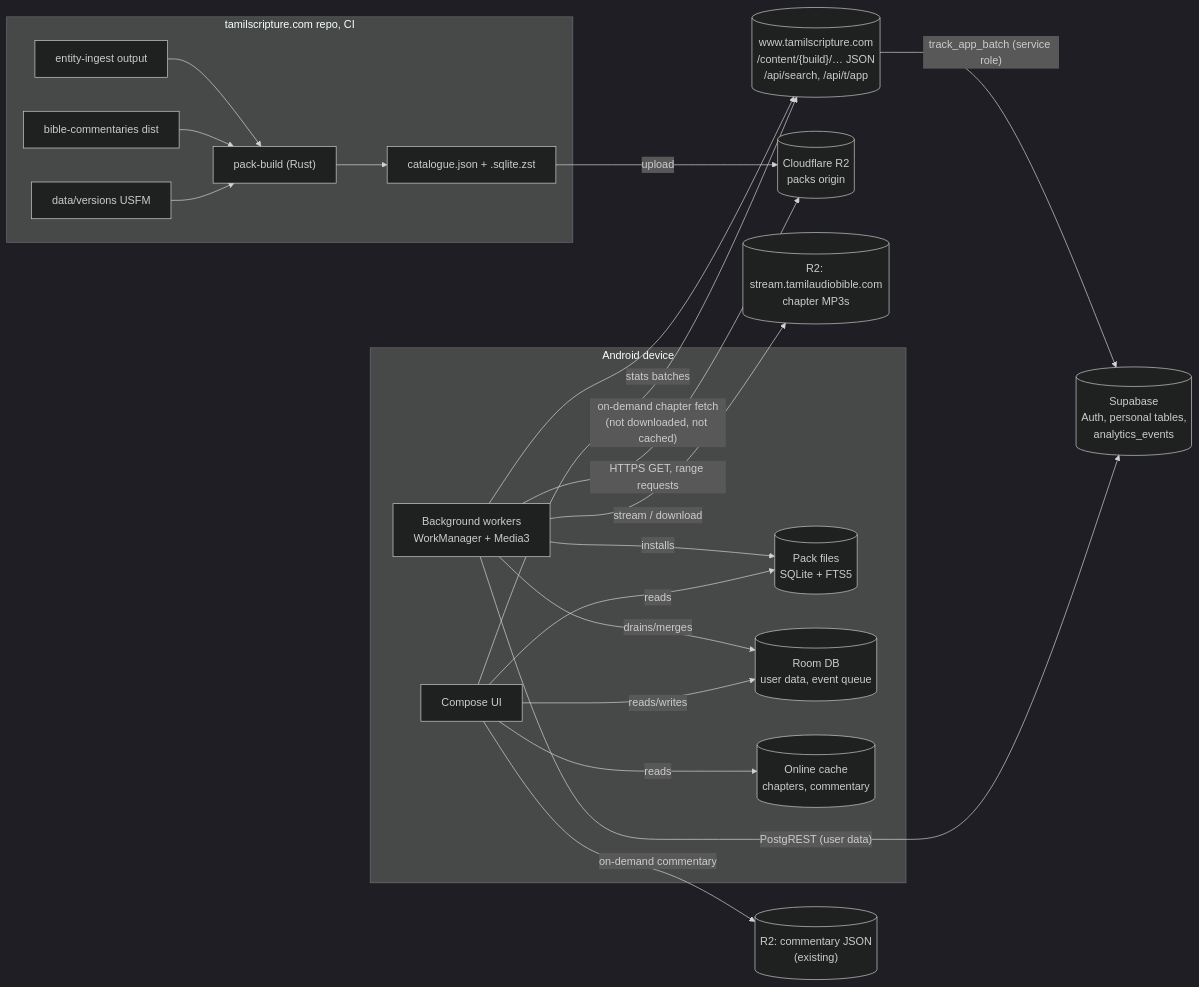
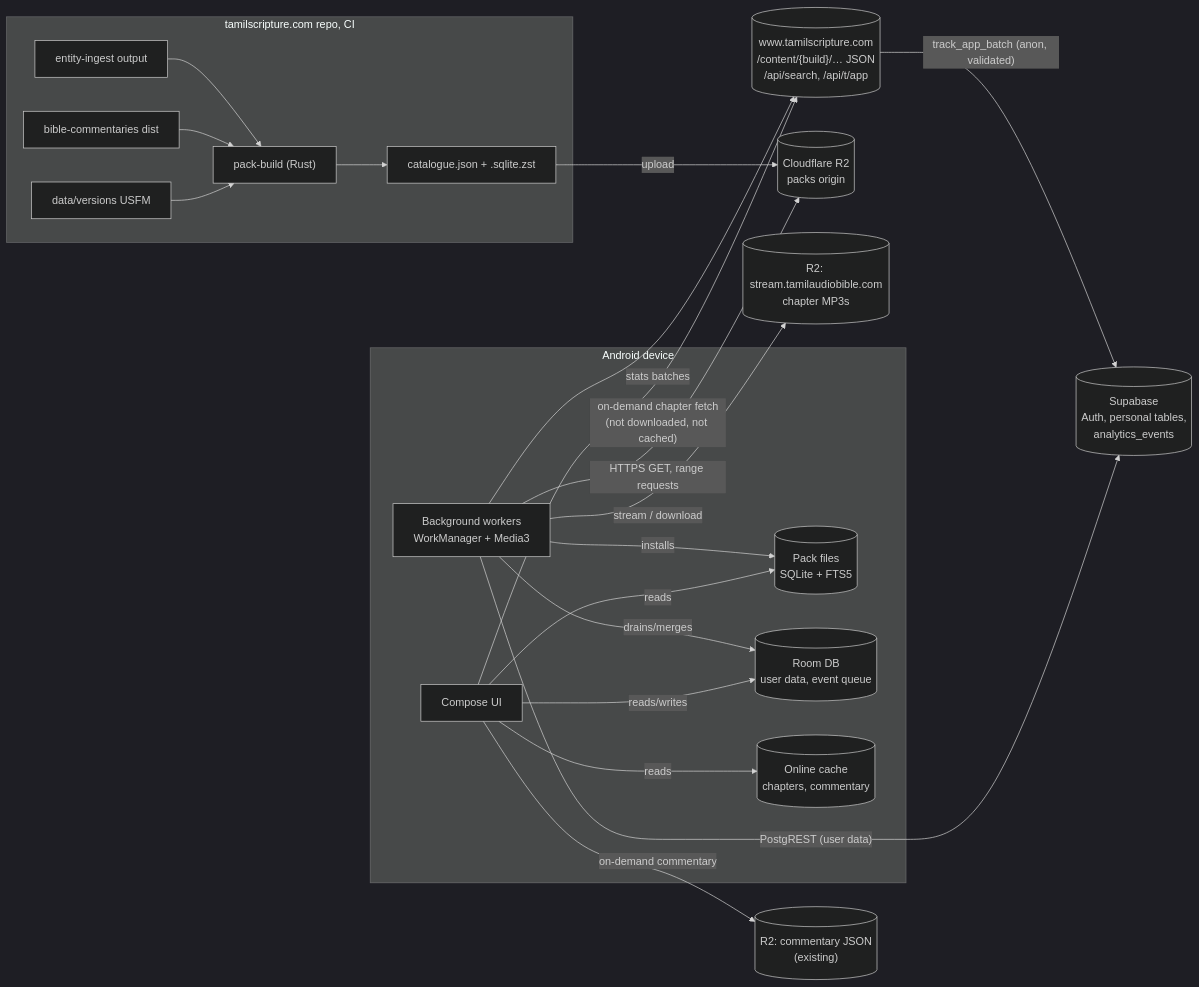
One commit to samueldotj/tamilscripture.app changed the first of 9 diagrams in docs/design.md. Above: the diagram before and after it, drawn with Mermaid (dark theme). The commit also changed other lines of this file and 5 other files, not shown here.

````diff
--- a/docs/design.md
+++ b/docs/design.md
@@ -49,34 +49,34 @@
 ```mermaid
 flowchart LR
   subgraph Device["Android device"]
     UI["Compose UI"]
     Packs[("Pack files\nSQLite + FTS5")]
     Room[("Room DB\nuser data, event queue")]
     W["Background workers\nWorkManager + Media3"]
     Cache[("Online cache\nchapters, commentary")]
     UI -- "reads" --> Packs
     UI -- "reads" --> Cache
     UI -- "reads/writes" --> Room
     W -- "installs" --> Packs
     W -- "drains/merges" --> Room
   end
   subgraph Build["tamilscripture.com repo, CI"]
     USFM["data/versions USFM"] --> PB["pack-build (Rust)"]
     COM["bible-commentaries dist"] --> PB
     ENT["entity-ingest output"] --> PB
     PB --> CAT["catalogue.json + .sqlite.zst"]
   end
   CAT -- "upload" --> R2[("Cloudflare R2\npacks origin")]
   AUD[("R2: stream.tamilaudiobible.com\nchapter MP3s")]
   SB[("Supabase\nAuth, personal tables,\nanalytics_events")]
   W -- "HTTPS GET, range requests" --> R2
   W -- "stream / download" --> AUD
   W -- "PostgREST (user data)" --> SB
   WEBC[("www.tamilscripture.com\n/content/{build}/… JSON\n/api/search, /api/t/app")]
   UI -- "on-demand chapter fetch
 (not downloaded, not cached)" --> WEBC
   CDNC[("R2: commentary JSON\n(existing)")]
   UI -- "on-demand commentary" --> CDNC
   W -- "stats batches" --> WEBC
-  WEBC -- "track_app_batch (service role)" --> SB
+  WEBC -- "track_app_batch (anon, validated)" --> SB
 ```
````
